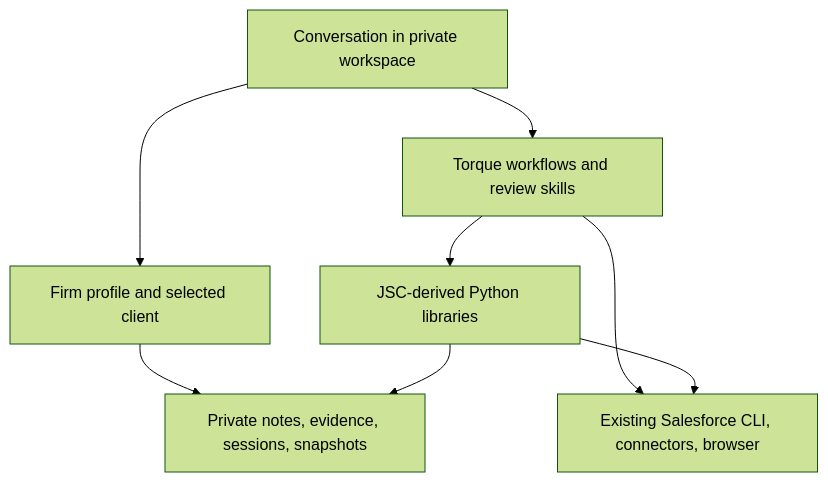
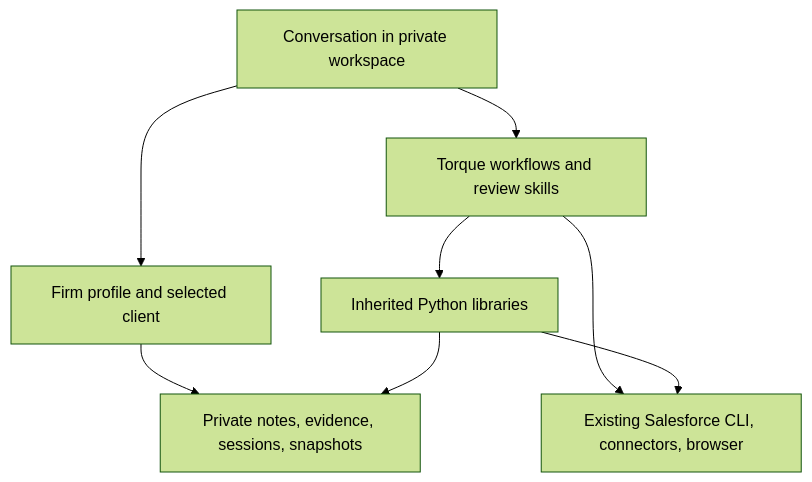
The diagram in docs/continuation.md (omoji-personal/torque), drawn with Mermaid (forest theme) before and after one commit. The commit also changed other lines of this file and 48 other files, not shown here.

````diff
--- a/docs/continuation.md
+++ b/docs/continuation.md
@@ -18,10 +18,10 @@
 ```mermaid
 flowchart TD
     A[Conversation in private workspace] --> B[Firm profile and selected client]
     A --> C[Torque workflows and review skills]
     C --> D[Existing Salesforce CLI, connectors, browser]
-    C --> E[JSC-derived Python libraries]
+    C --> E[Inherited Python libraries]
     E --> D
     B --> F[Private notes, evidence, sessions, snapshots]
     E --> F
 ```
````
